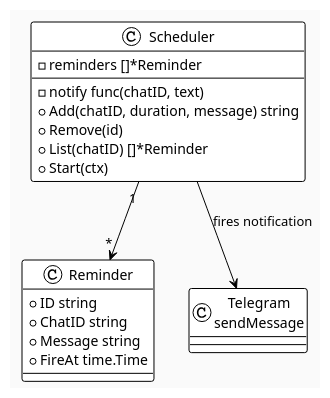
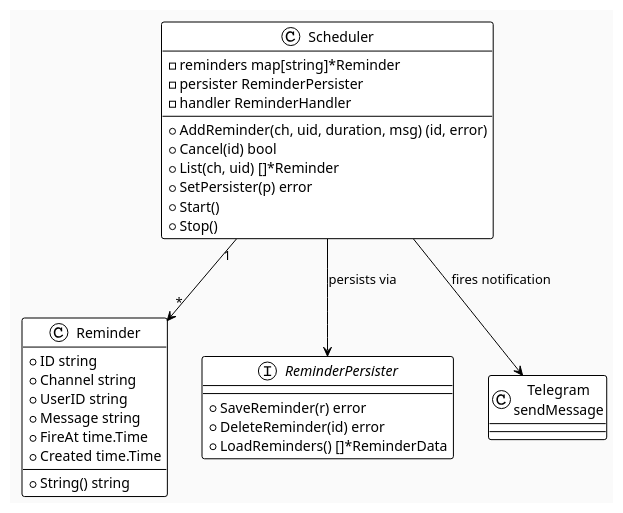
The eighth of 13 diagrams in docs/architecture.md (FeelPulse/feelpulse), drawn with PlantUML before and after one commit. The commit also changed other lines of this file and 3 other files, not shown here.

First line of the commit message:
docs: comprehensive README, TODO, and architecture updates

````diff
--- a/docs/architecture.md
+++ b/docs/architecture.md
@@ -280,25 +388,38 @@
 ```plantuml
 @startuml scheduler
 !theme plain
 skinparam backgroundColor #FAFAFA
 
 class Scheduler {
-  -reminders []*Reminder
-  -notify func(chatID, text)
-  +Add(chatID, duration, message) string
-  +Remove(id)
-  +List(chatID) []*Reminder
-  +Start(ctx)
+  -reminders map[string]*Reminder
+  -persister ReminderPersister
+  -handler ReminderHandler
+  +AddReminder(ch, uid, duration, msg) (id, error)
+  +Cancel(id) bool
+  +List(ch, uid) []*Reminder
+  +SetPersister(p) error
+  +Start()
+  +Stop()
 }
 
 class Reminder {
   +ID string
-  +ChatID string
+  +Channel string
+  +UserID string
   +Message string
   +FireAt time.Time
+  +Created time.Time
+  +String() string
+}
+
+interface ReminderPersister {
+  +SaveReminder(r) error
+  +DeleteReminder(id) error
+  +LoadReminders() []*ReminderData
 }
 
 Scheduler "1" --> "*" Reminder
+Scheduler --> ReminderPersister : persists via
 Scheduler --> "Telegram\nsendMessage" : fires notification
 @enduml
 ```
````
